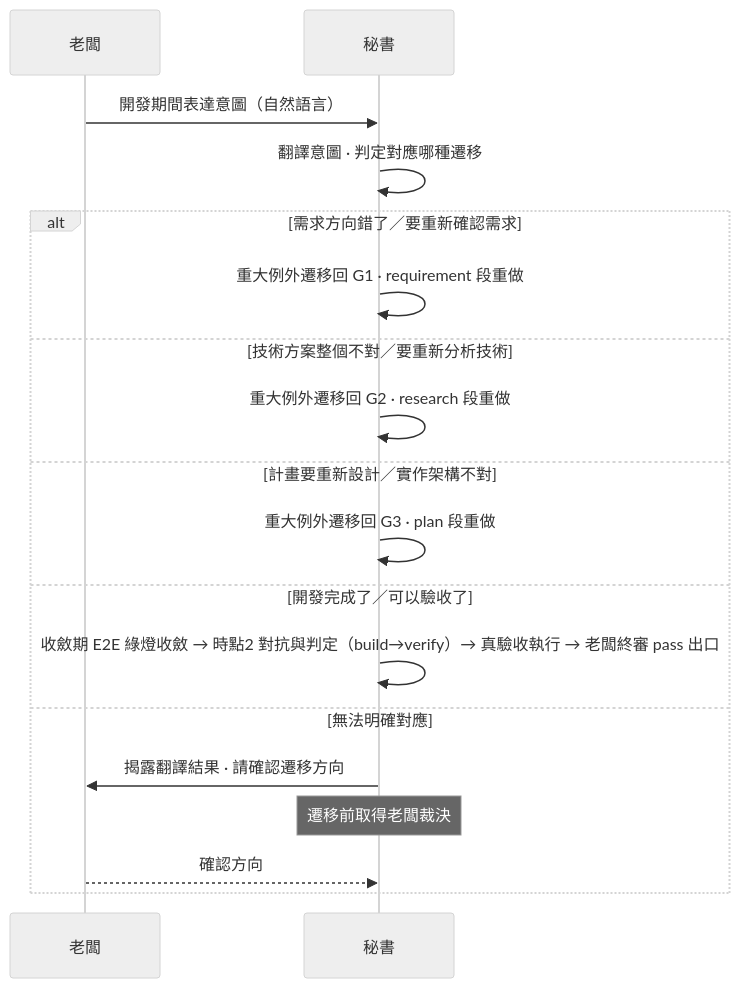
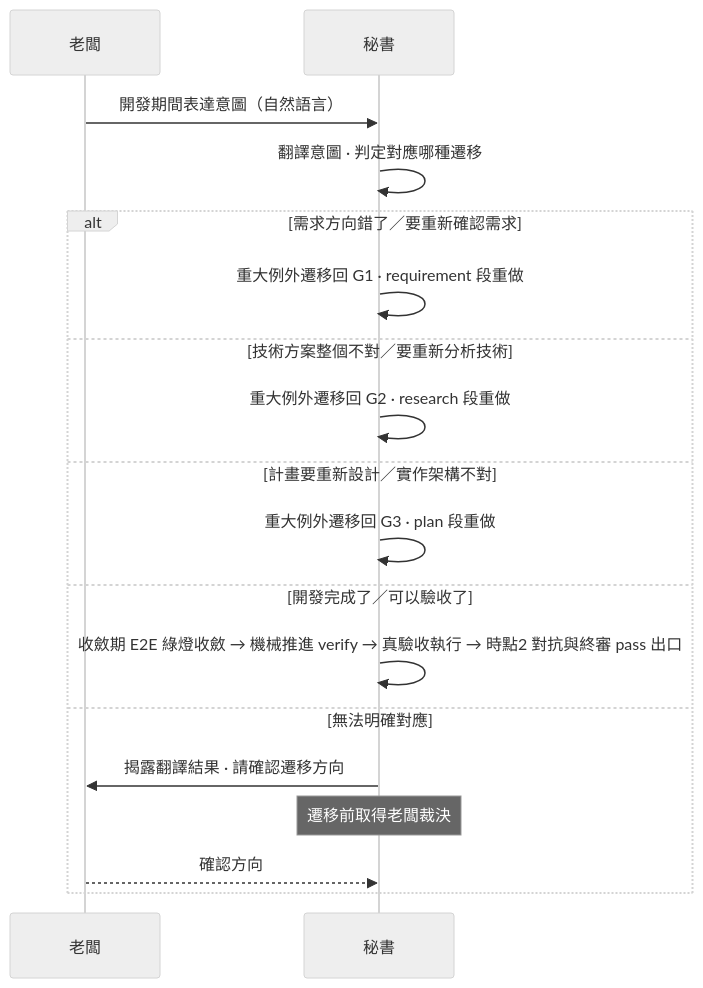
The second of 2 diagrams in skills/shiftblame/references/MECHANISMS.md (teps3105/shiftblame), drawn with Mermaid (neutral theme) before and after one commit. The commit also changed other lines of this file and 32 other files, not shown here.

````diff
--- a/skills/shiftblame/references/MECHANISMS.md
+++ b/skills/shiftblame/references/MECHANISMS.md
@@ -50,22 +50,22 @@
 ```mermaid
 sequenceDiagram
      participant B as 老闆
      participant SEC as 秘書
 
      B->>SEC: 開發期間表達意圖（自然語言）
      SEC->>SEC: 翻譯意圖 · 判定對應哪種遷移
 
      alt 需求方向錯了／要重新確認需求
          SEC->>SEC: 重大例外遷移回 G1 · requirement 段重做
      else 技術方案整個不對／要重新分析技術
          SEC->>SEC: 重大例外遷移回 G2 · research 段重做
      else 計畫要重新設計／實作架構不對
          SEC->>SEC: 重大例外遷移回 G3 · plan 段重做
      else 開發完成了／可以驗收了
-         SEC->>SEC: 收斂期 E2E 綠燈收斂 → 時點2 對抗與判定（build→verify）→ 真驗收執行 → 老闆終審 pass 出口
+         SEC->>SEC: 收斂期 E2E 綠燈收斂 → 機械推進 verify → 真驗收執行 → 時點2 對抗與終審 pass 出口
      else 無法明確對應
          SEC->>B: 揭露翻譯結果 · 請確認遷移方向
          Note over SEC: 遷移前取得老闆裁決
          B-->>SEC: 確認方向
      end
 ```
````
